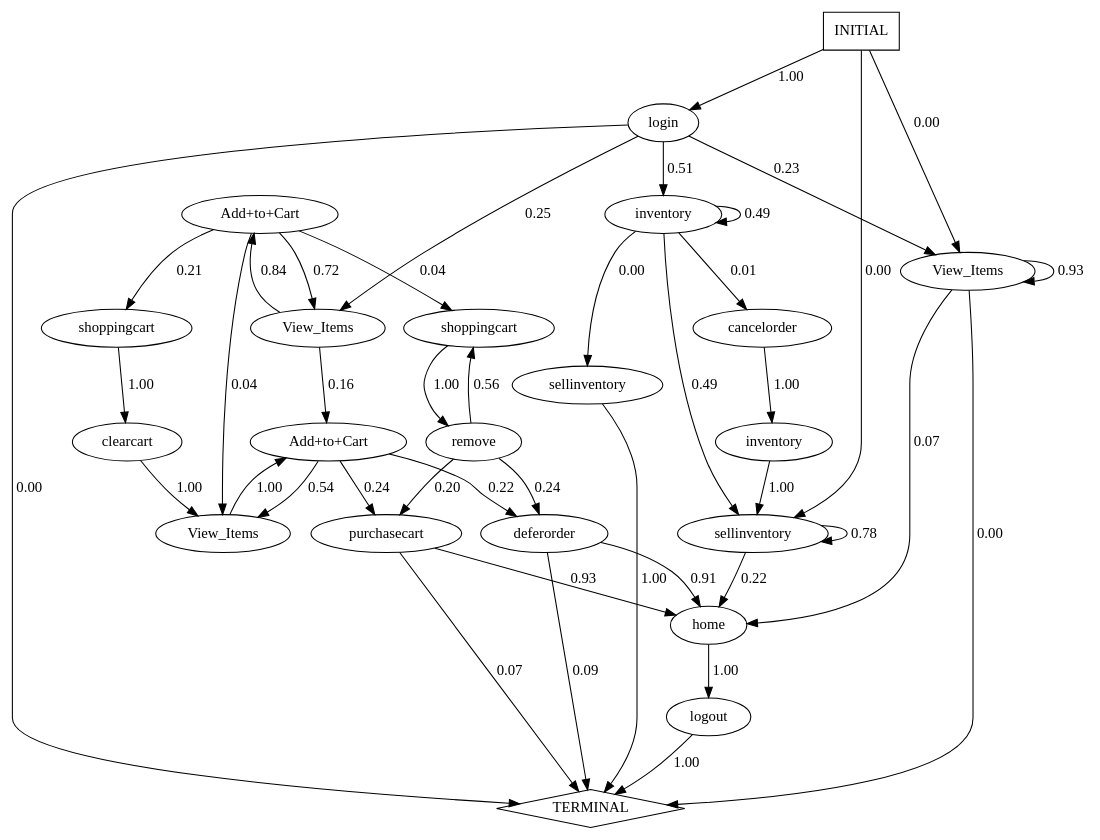
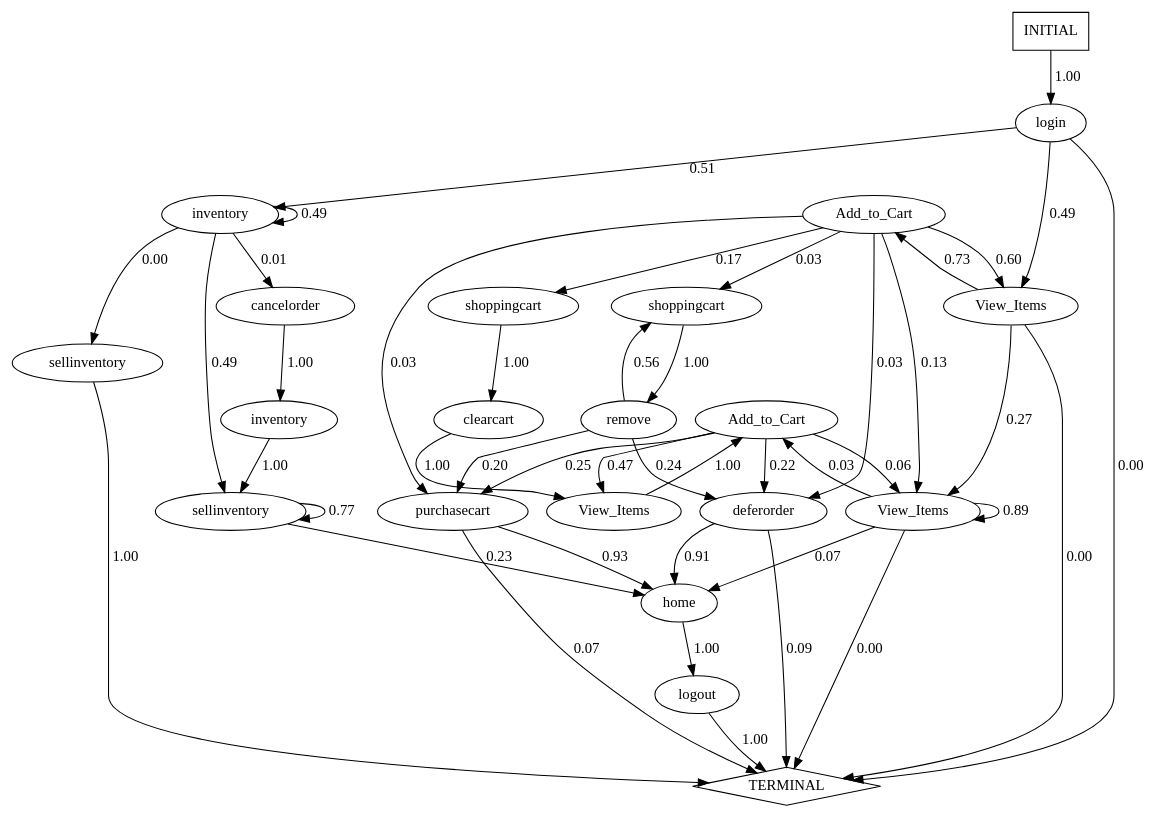
Before and after one commit to alperhi/synoptic: the diagram in output/output.dot, drawn with Graphviz. The commit also changed 6 other files, not shown here.

```diff
--- a/output/output.dot
+++ b/output/output.dot
@@ -1,64 +1,66 @@
 digraph G {
-  0 [label="Add+to+Cart"];
-  1 [label="Add+to+Cart"];
+  0 [label="Add_to_Cart"];
+  1 [label="Add_to_Cart"];
   2 [label="View_Items"];
   3 [label="View_Items"];
   4 [label="View_Items"];
   5 [label="cancelorder"];
   6 [label="clearcart"];
   7 [label="deferorder"];
   8 [label="home"];
   9 [label="inventory"];
   10 [label="inventory"];
   11 [label="login"];
   12 [label="logout"];
   13 [label="purchasecart"];
   14 [label="remove"];
   15 [label="sellinventory"];
   16 [label="sellinventory"];
   17 [label="shoppingcart"];
   18 [label="shoppingcart"];
   19 [label="TERMINAL",shape=diamond];
   20 [label="INITIAL",shape=box];
-0->2 [label="0.54"];
+0->4 [label="0.06"];
+0->2 [label="0.47"];
 0->7 [label="0.22"];
-0->13 [label="0.24"];
-1->2 [label="0.04"];
-1->3 [label="0.72"];
-1->18 [label="0.04"];
-1->17 [label="0.21"];
+0->13 [label="0.25"];
+1->4 [label="0.13"];
+1->3 [label="0.60"];
+1->7 [label="0.03"];
+1->13 [label="0.03"];
+1->18 [label="0.03"];
+1->17 [label="0.17"];
 2->0 [label="1.00"];
-3->0 [label="0.16"];
-3->1 [label="0.84"];
-4->4 [label="0.93"];
+3->1 [label="0.73"];
+3->4 [label="0.27"];
+3->19 [label="0.00"];
+4->0 [label="0.03"];
+4->4 [label="0.89"];
 4->8 [label="0.07"];
 4->19 [label="0.00"];
 5->9 [label="1.00"];
 6->2 [label="1.00"];
 7->8 [label="0.91"];
 7->19 [label="0.09"];
 8->12 [label="1.00"];
 9->16 [label="1.00"];
 10->5 [label="0.01"];
 10->10 [label="0.49"];
 10->15 [label="0.00"];
 10->16 [label="0.49"];
-11->4 [label="0.23"];
-11->3 [label="0.25"];
+11->3 [label="0.49"];
 11->10 [label="0.51"];
 11->19 [label="0.00"];
 12->19 [label="1.00"];
 13->8 [label="0.93"];
 13->19 [label="0.07"];
 14->7 [label="0.24"];
 14->13 [label="0.20"];
 14->18 [label="0.56"];
 15->19 [label="1.00"];
-16->8 [label="0.22"];
-16->16 [label="0.78"];
+16->8 [label="0.23"];
+16->16 [label="0.77"];
 17->6 [label="1.00"];
 18->14 [label="1.00"];
-20->4 [label="0.00"];
 20->11 [label="1.00"];
-20->16 [label="0.00"];
 }
```
